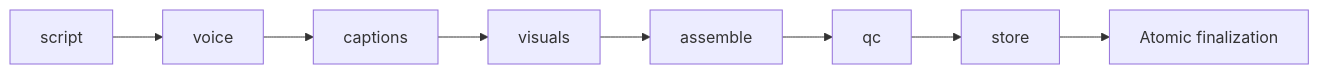
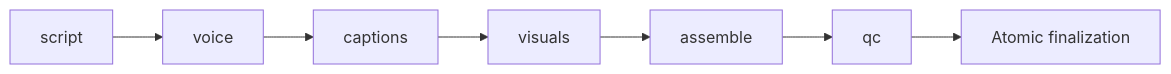
One commit to AlexMorrow239/contentd-system changed the fifth of 7 diagrams in docs/system-architecture.md. Above: the diagram before and after it, drawn with Mermaid. The commit also changed other lines of this file and 31 other files, not shown here.

````diff
--- a/docs/system-architecture.md
+++ b/docs/system-architecture.md
@@ -201,4 +195,4 @@
 ```mermaid
 flowchart LR
-  Script[script] --> Voice[voice] --> Captions[captions] --> Visuals[visuals] --> Assemble[assemble] --> QC[qc] --> Store[store] --> Commit[Atomic finalization]
+  Script[script] --> Voice[voice] --> Captions[captions] --> Visuals[visuals] --> Assemble[assemble] --> QC[qc] --> Commit[Atomic finalization]
 ```
````
